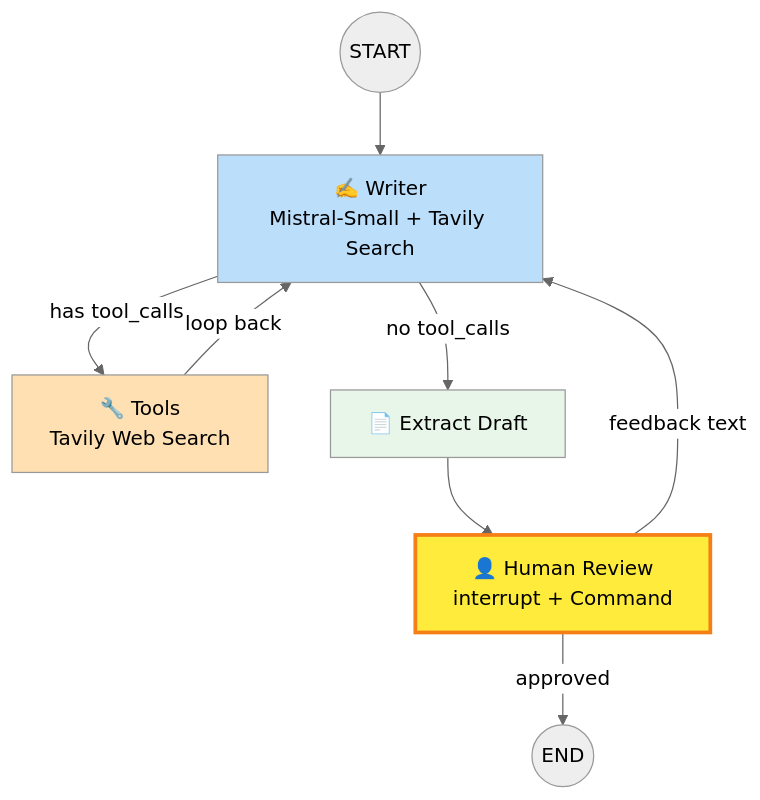
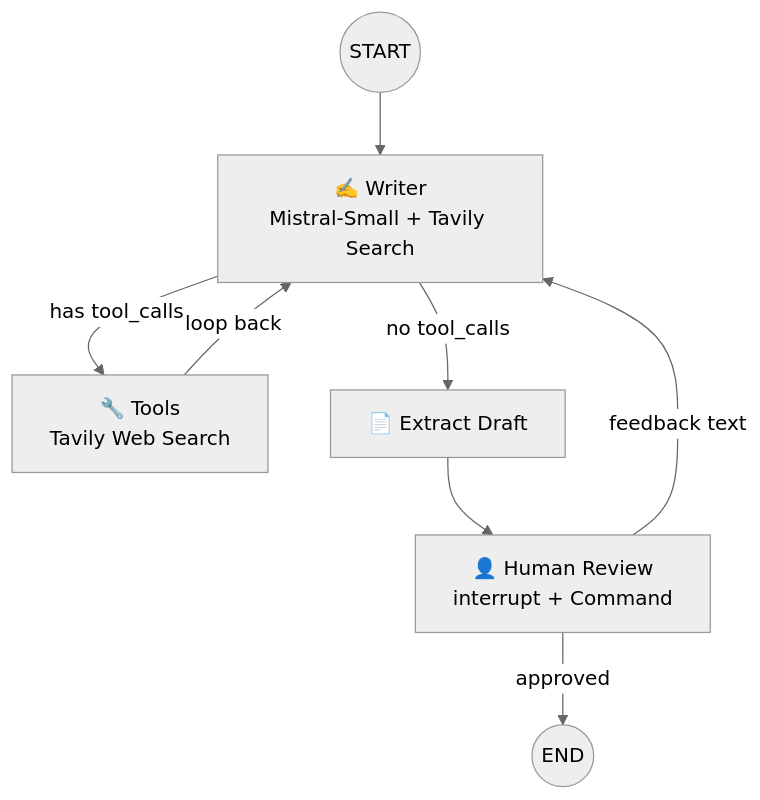
The sixth of 7 diagrams in README.md (TexZ-GenZ/LangGraph-learning-), drawn with Mermaid (neutral theme) before and after one commit. The commit also changed other lines of this file, not shown here.

````diff
--- a/README.md
+++ b/README.md
@@ -166,19 +147,14 @@
 ```mermaid
 graph TD
     START((START)) --> W[✍️ Writer<br/>Mistral-Small + Tavily Search]
 
     W -->|has tool_calls| T[🔧 Tools<br/>Tavily Web Search]
     T -->|loop back| W
 
     W -->|no tool_calls| E[📄 Extract Draft]
 
     E --> H[👤 Human Review<br/>interrupt + Command]
 
     H -->|"approved"| END((END))
     H -->|feedback text| W
-
-    style H fill:#ffeb3b,stroke:#f57f17,stroke-width:3px
-    style W fill:#bbdefb
-    style T fill:#ffe0b2
-    style E fill:#e8f5e9
 ```
````
